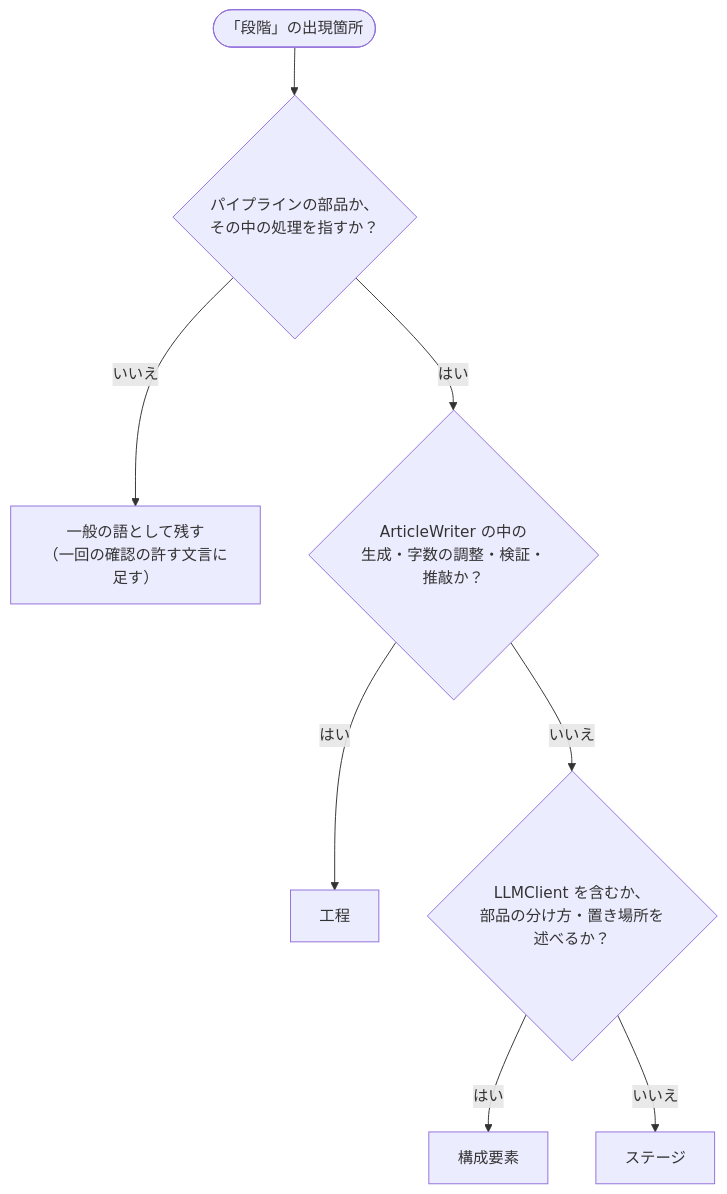
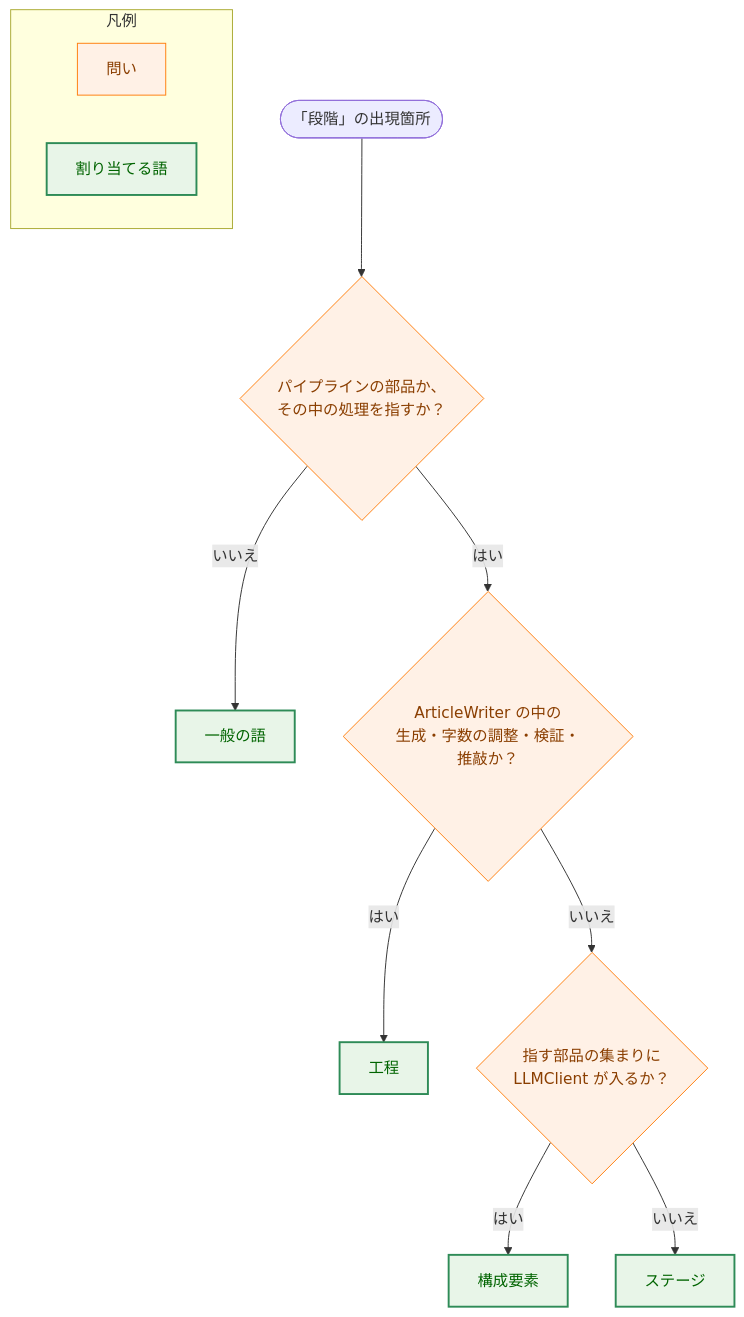
The fourth of 4 diagrams in docs/tasks/0067_stage_terminology/02_architecture.md (isseis/yt2column), drawn with Mermaid before and after one commit. The commit also changed other lines of this file, not shown here.

First line of the commit message:
docs(0067): address the architecture review and Japanese prose pass

````diff
--- a/docs/tasks/0067_stage_terminology/02_architecture.md
+++ b/docs/tasks/0067_stage_terminology/02_architecture.md
@@ -272,10 +304,23 @@
 ```mermaid
 flowchart TD
+    classDef process fill:#fff1e6,stroke:#ff7f0e,stroke-width:1px,color:#8a3e00;
+    classDef enhanced fill:#e8f5e8,stroke:#2e8b57,stroke-width:2px,color:#006400;
+
     START(["「段階」の出現箇所"]) --> Q1{"パイプラインの部品か、<br>その中の処理を指すか？"}
-    Q1 -->|"いいえ"| GENERAL["一般の語として残す<br>（一回の確認の許す文言に足す）"]
+    Q1 -->|"いいえ"| GENERAL["一般の語"]
     Q1 -->|"はい"| Q2{"ArticleWriter の中の<br>生成・字数の調整・検証・推敲か？"}
     Q2 -->|"はい"| STEP["工程"]
-    Q2 -->|"いいえ"| Q3{"LLMClient を含むか、<br>部品の分け方・置き場所を述べるか？"}
+    Q2 -->|"いいえ"| Q3{"指す部品の集まりに<br>LLMClient が入るか？"}
     Q3 -->|"はい"| COMP["構成要素"]
     Q3 -->|"いいえ"| STAGE["ステージ"]
+
+    class Q1,Q2,Q3 process
+    class GENERAL,STEP,COMP,STAGE enhanced
+
+    subgraph Legend["凡例"]
+        L1["問い"]
+        L2["割り当てる語"]
+    end
+    class L1 process
+    class L2 enhanced
 ```
````
